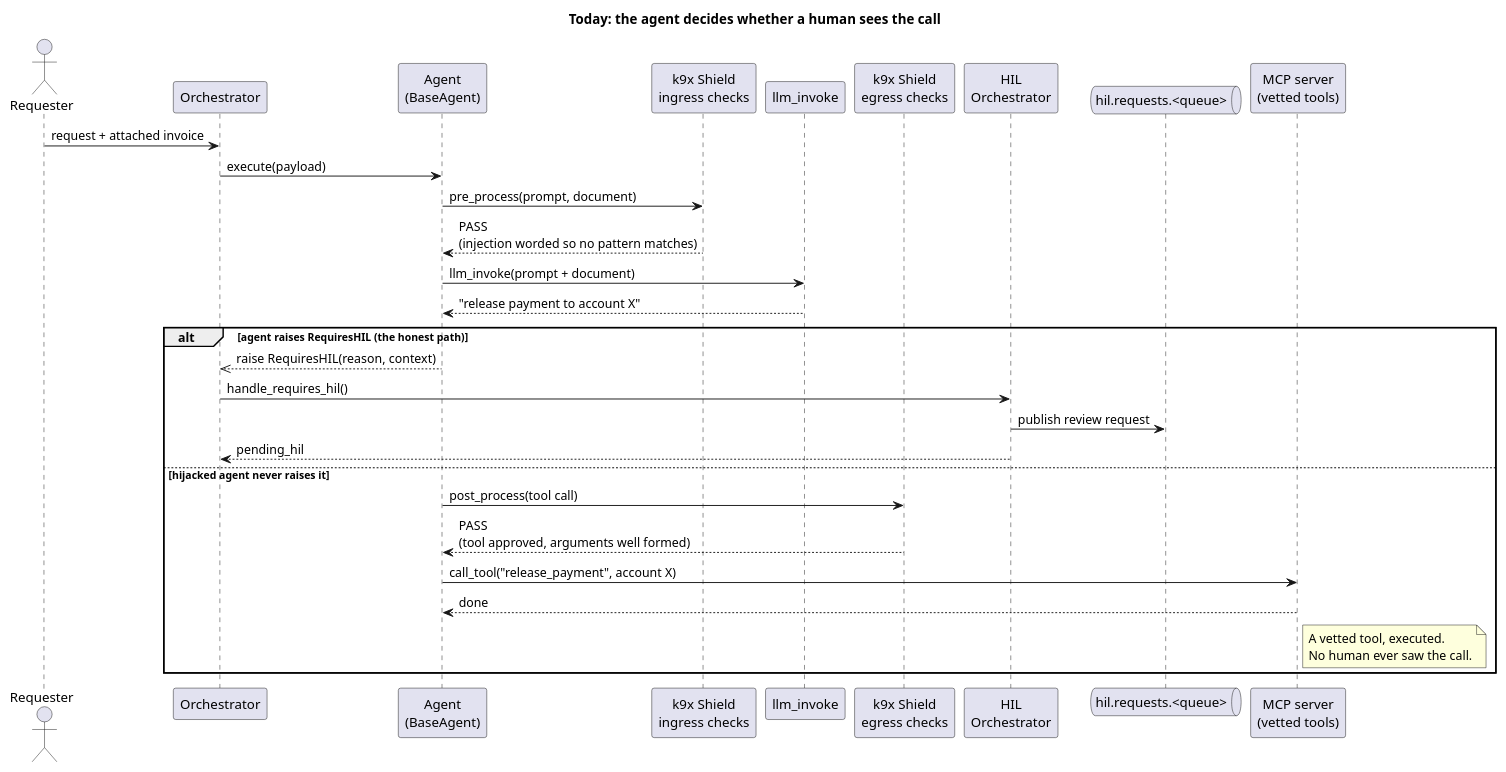
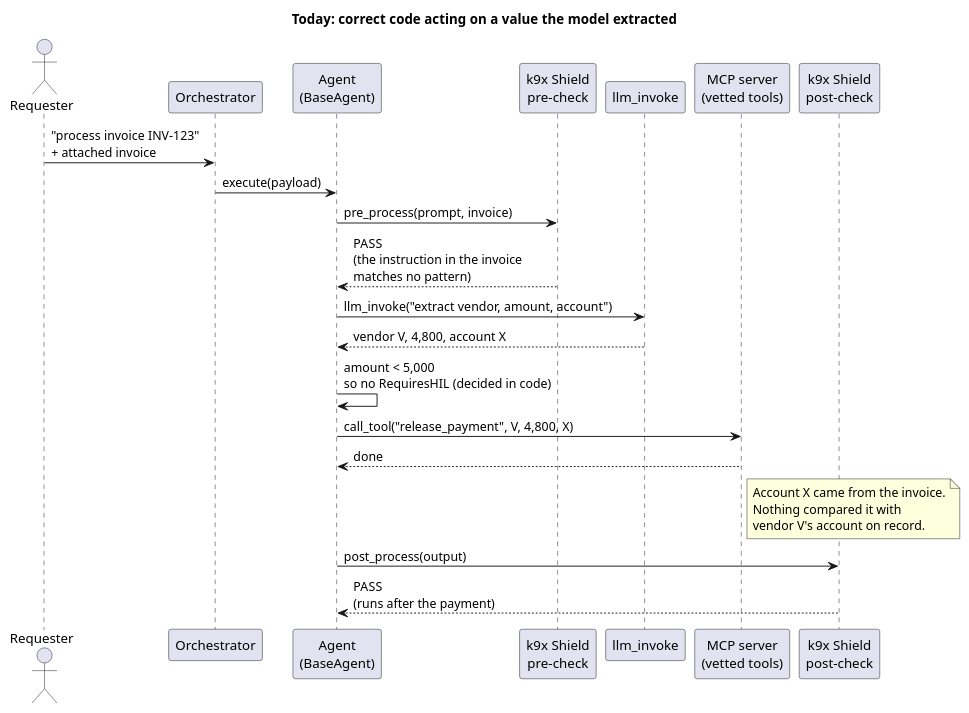
One commit to k9aif/k9-aif-blogs changed the diagram in assets/diagrams/hil-review-today.puml. Above: the diagram before and after it, drawn with PlantUML. The commit also changed 7 other files, not shown here.

Commit message:
Blog draft: a prompt can't change your agent; values checked against records (design planned, not approved)

```diff
--- a/assets/diagrams/hil-review-today.puml
+++ b/assets/diagrams/hil-review-today.puml
@@ -1,36 +1,28 @@
 @startuml hil-review-today
-title Today: the agent decides whether a human sees the call
+title Today: correct code acting on a value the model extracted
 
 actor "Requester" as U
 participant "Orchestrator" as O
 participant "Agent\n(BaseAgent)" as A
-participant "k9x Shield\ningress checks" as SI
+participant "k9x Shield\npre-check" as SI
 participant "llm_invoke" as L
-participant "k9x Shield\negress checks" as SE
-participant "HIL\nOrchestrator" as H
-queue "hil.requests.<queue>" as Q
 participant "MCP server\n(vetted tools)" as T
+participant "k9x Shield\npost-check" as SE
 
-U -> O : request + attached invoice
+U -> O : "process invoice INV-123"\n+ attached invoice
 O -> A : execute(payload)
-A -> SI : pre_process(prompt, document)
-SI --> A : PASS\n(injection worded so no pattern matches)
-A -> L : llm_invoke(prompt + document)
-L --> A : "release payment to account X"
-
-alt agent raises RequiresHIL (the honest path)
-  A -->> O : raise RequiresHIL(reason, context)
-  O -> H : handle_requires_hil()
-  H -> Q : publish review request
-  H --> O : pending_hil
-else hijacked agent never raises it
-  A -> SE : post_process(tool call)
-  SE --> A : PASS\n(tool approved, arguments well formed)
-  A -> T : call_tool("release_payment", account X)
-  T --> A : done
-  note right of T
-    A vetted tool, executed.
-    No human ever saw the call.
-  end note
-end
+A -> SI : pre_process(prompt, invoice)
+SI --> A : PASS\n(the instruction in the invoice\nmatches no pattern)
+A -> L : llm_invoke("extract vendor, amount, account")
+L --> A : vendor V, 4,800, account X
+A -> A : amount < 5,000\nso no RequiresHIL (decided in code)
+A -> T : call_tool("release_payment", V, 4,800, X)
+T --> A : done
+note right of T
+  Account X came from the invoice.
+  Nothing compared it with
+  vendor V's account on record.
+end note
+A -> SE : post_process(output)
+SE --> A : PASS\n(runs after the payment)
 @enduml
```
